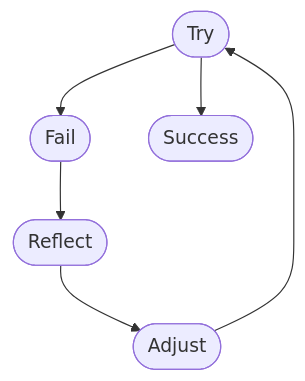
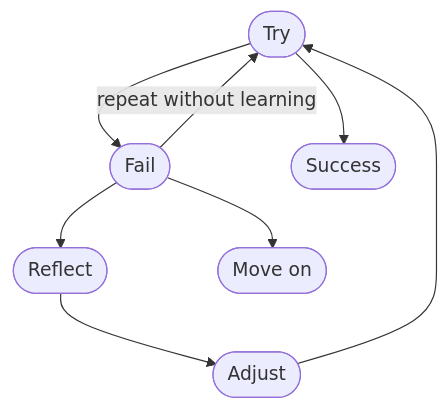
Before and after one commit to thiscantbeserious/erika: the first of 5 diagrams in VISION.md, drawn with Mermaid. The commit also changed other lines of this file, not shown here.

````diff
--- a/VISION.md
+++ b/VISION.md
@@ -11,8 +11,11 @@
 ```mermaid
+%%{ init: { 'flowchart': { 'curve': 'basis' } } }%%
 graph TD
     Try([Try]) --> Fail([Fail])
     Fail --> Reflect([Reflect])
+    Fail -->|repeat without learning| Try
+    Fail --> GiveUp([Move on])
     Reflect --> Adjust([Adjust])
     Adjust --> Try
     Try --> Success([Success])
 ```
````
